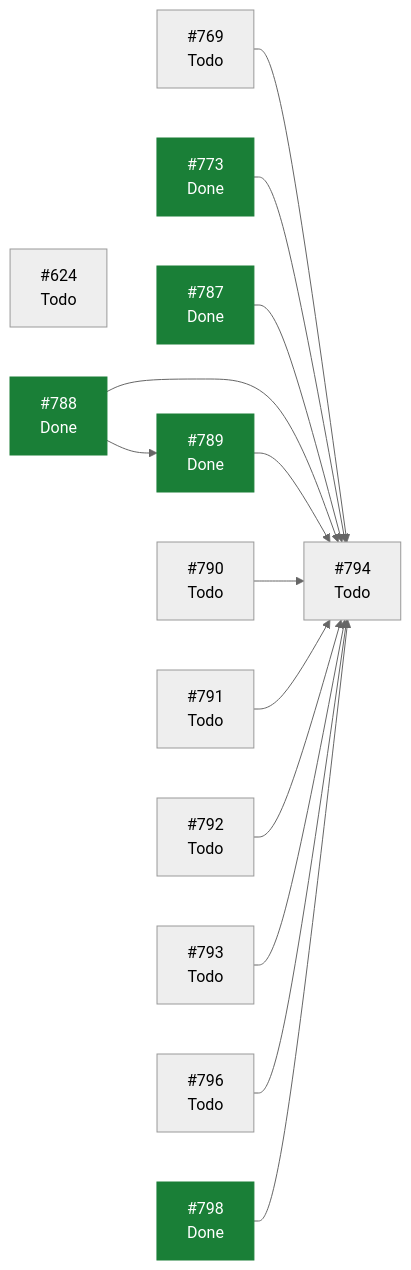
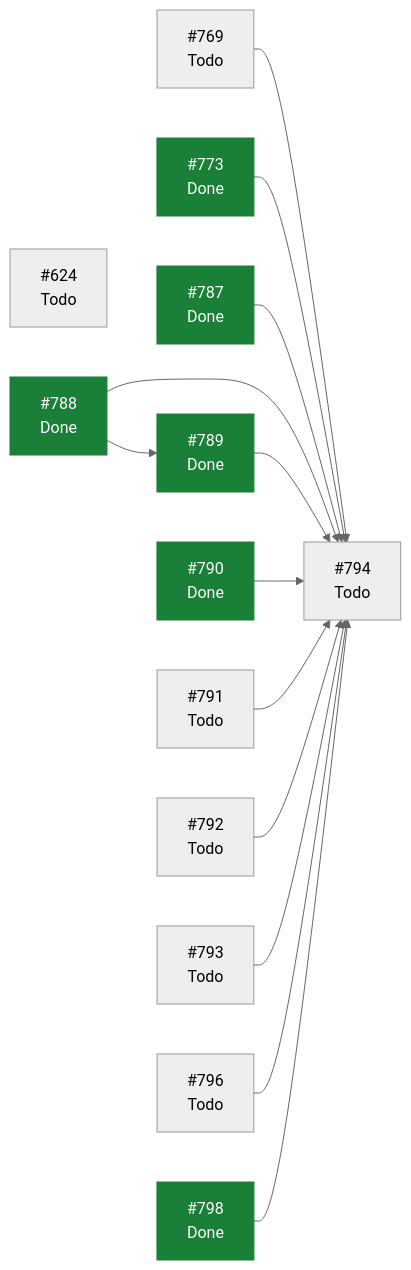
Before and after one commit to ecamp0s/evault: the diagram in docs/planning/STATUS.md, drawn with Mermaid (neutral theme). The commit also changed other lines of this file, not shown here.

````diff
--- a/docs/planning/STATUS.md
+++ b/docs/planning/STATUS.md
@@ -95,30 +94,30 @@
 ```mermaid
 graph LR
   I624["#624<br/>Todo"]
   I769["#769<br/>Todo"]
   I773["#773<br/>Done"]
   I787["#787<br/>Done"]
   I788["#788<br/>Done"]
   I789["#789<br/>Done"]
-  I790["#790<br/>Todo"]
+  I790["#790<br/>Done"]
   I791["#791<br/>Todo"]
   I792["#792<br/>Todo"]
   I793["#793<br/>Todo"]
   I794["#794<br/>Todo"]
   I796["#796<br/>Todo"]
   I798["#798<br/>Done"]
   I769 --> I794
   I773 --> I794
   I787 --> I794
   I788 --> I789
   I788 --> I794
   I789 --> I794
   I790 --> I794
   I791 --> I794
   I792 --> I794
   I793 --> I794
   I796 --> I794
   I798 --> I794
   classDef hecho fill:#1a7f37,stroke:#1a7f37,color:#fff;
-  class I773,I787,I788,I789,I798 hecho;
+  class I773,I787,I788,I789,I790,I798 hecho;
 ```
````
